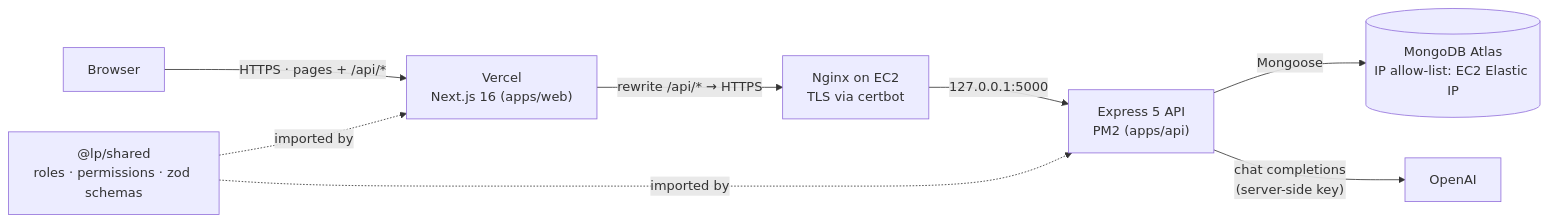
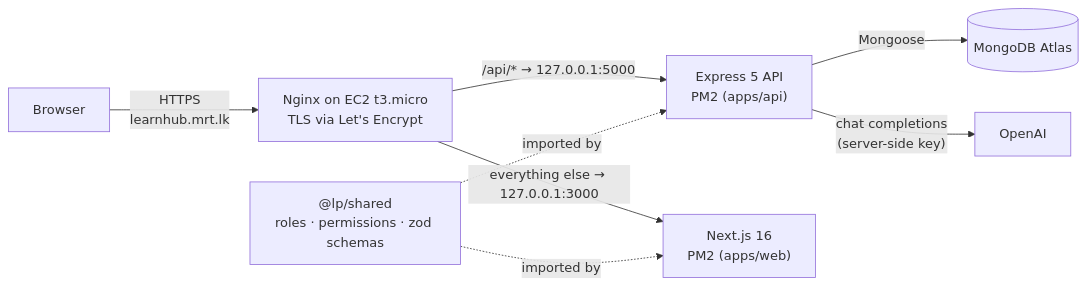
The first of 3 diagrams in docs/ARCHITECTURE.md (gishanchamith/GPT_LMS), drawn with Mermaid before and after one commit. The commit also changed other lines of this file and 9 other files, not shown here.

````diff
--- a/docs/ARCHITECTURE.md
+++ b/docs/ARCHITECTURE.md
@@ -5,10 +5,10 @@
 ```mermaid
 flowchart LR
-    B[Browser] -- "HTTPS · pages + /api/*" --> V["Vercel<br/>Next.js 16 (apps/web)"]
-    V -- "rewrite /api/* → HTTPS" --> N["Nginx on EC2<br/>TLS via certbot"]
-    N -- "127.0.0.1:5000" --> E["Express 5 API<br/>PM2 (apps/api)"]
-    E -- "Mongoose" --> M[("MongoDB Atlas<br/>IP allow-list: EC2 Elastic IP")]
+    B[Browser] -- "HTTPS<br/>learnhub.mrt.lk" --> N["Nginx on EC2 t3.micro<br/>TLS via Let's Encrypt"]
+    N -- "/api/* → 127.0.0.1:5000" --> E["Express 5 API<br/>PM2 (apps/api)"]
+    N -- "everything else → 127.0.0.1:3000" --> W["Next.js 16<br/>PM2 (apps/web)"]
+    E -- "Mongoose" --> M[("MongoDB Atlas")]
     E -- "chat completions<br/>(server-side key)" --> O[OpenAI]
-    S["@lp/shared<br/>roles · permissions · zod schemas"] -. imported by .-> V
+    S["@lp/shared<br/>roles · permissions · zod schemas"] -. imported by .-> W
     S -. imported by .-> E
 ```
````
